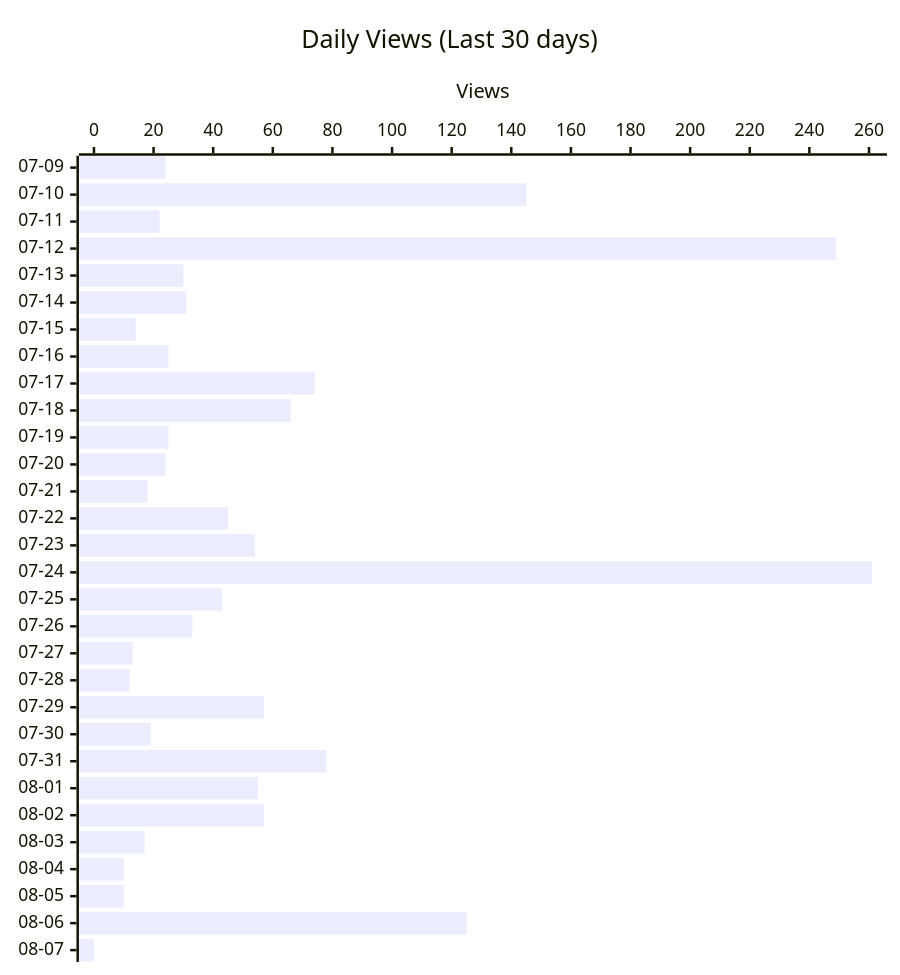
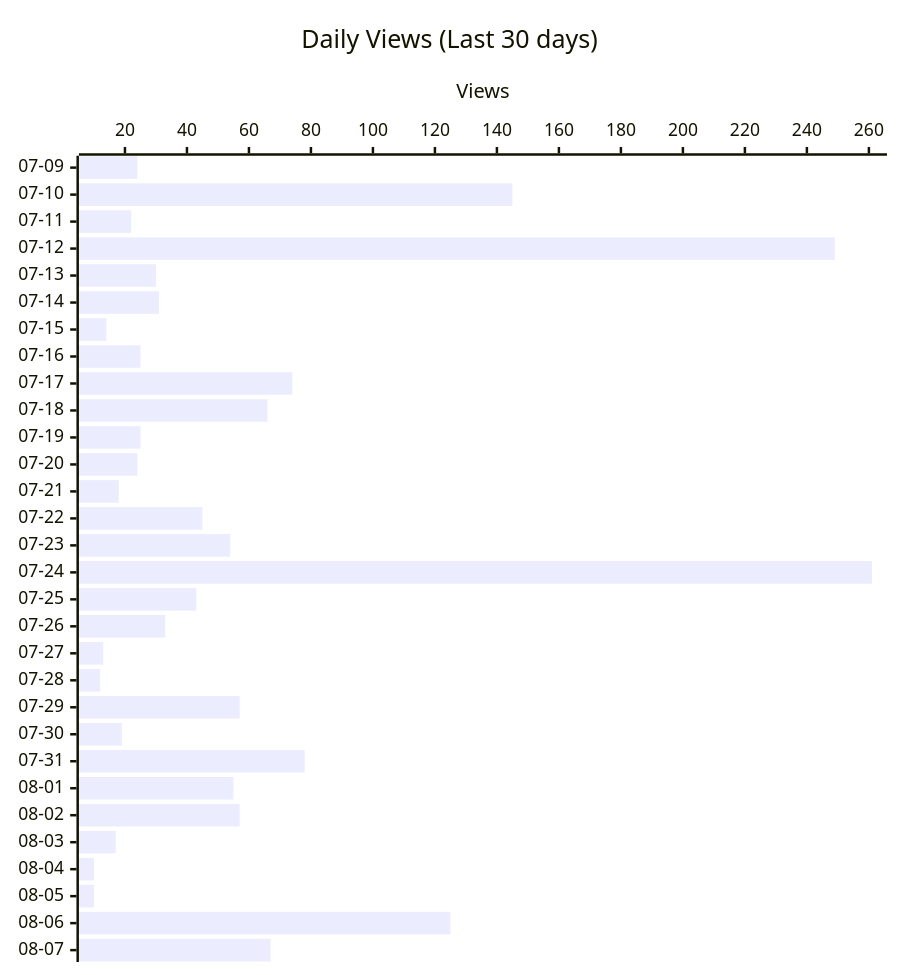
One commit to shigechika/github-insights changed the second of 4 diagrams in README.md. Above: the diagram before and after it, drawn with Mermaid. The commit also changed other lines of this file and 2 other files, not shown here.

````diff
--- a/README.md
+++ b/README.md
@@ -28,12 +28,12 @@
 ```mermaid
 ---
 config:
   xyChart:
     height: 760
 ---
 xychart-beta horizontal
     title "Daily Views (Last 30 days)"
     x-axis ["07-09", "07-10", "07-11", "07-12", "07-13", "07-14", "07-15", "07-16", "07-17", "07-18", "07-19", "07-20", "07-21", "07-22", "07-23", "07-24", "07-25", "07-26", "07-27", "07-28", "07-29", "07-30", "07-31", "08-01", "08-02", "08-03", "08-04", "08-05", "08-06", "08-07"]
     y-axis "Views"
-    bar [24, 145, 22, 249, 30, 31, 14, 25, 74, 66, 25, 24, 18, 45, 54, 261, 43, 33, 13, 12, 57, 19, 78, 55, 57, 17, 10, 10, 125, 0]
+    bar [24, 145, 22, 249, 30, 31, 14, 25, 74, 66, 25, 24, 18, 45, 54, 261, 43, 33, 13, 12, 57, 19, 78, 55, 57, 17, 10, 10, 125, 67]
 ```
````
